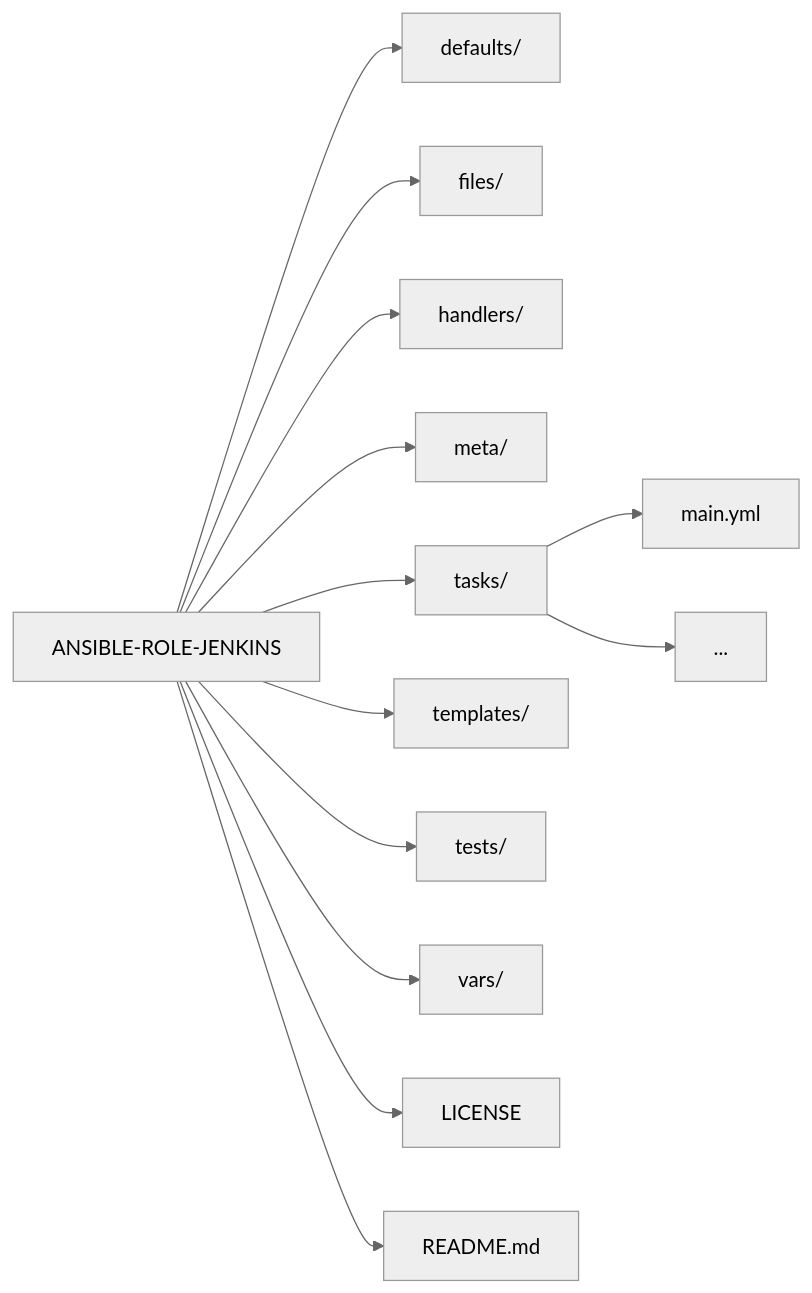
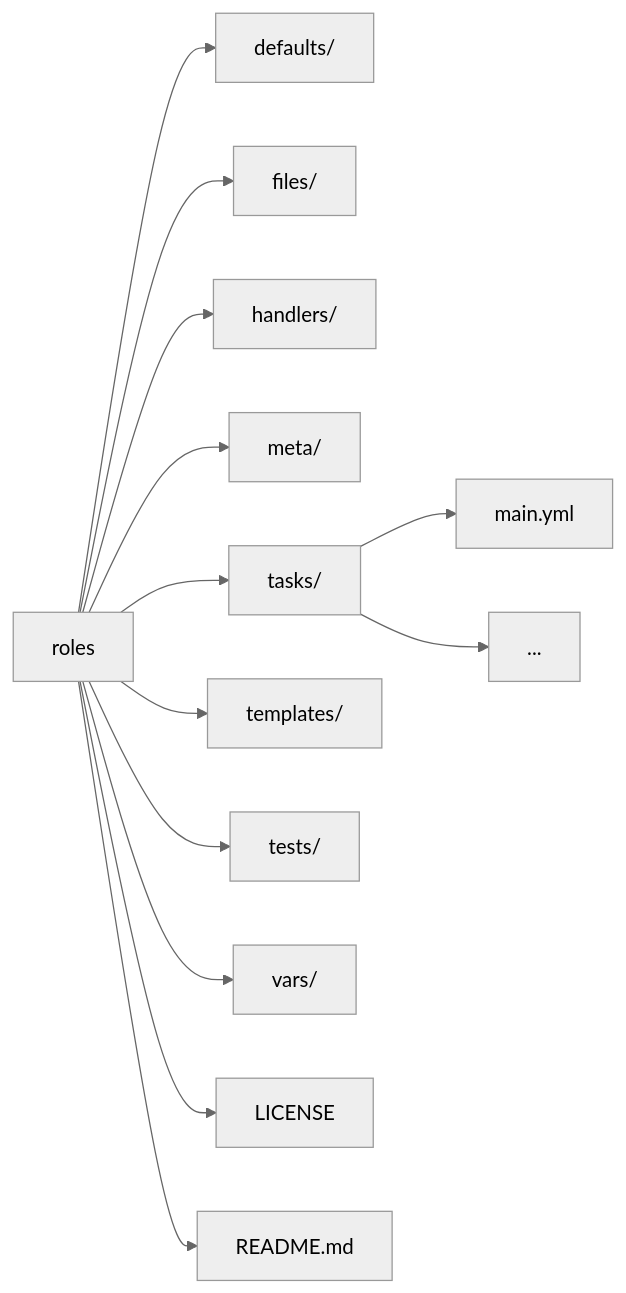
The second of 2 diagrams in README.md (Innovate-Future-Foundation/ansible-role), drawn with Mermaid (neutral theme) before and after one commit. The commit also changed other lines of this file, not shown here.

````diff
--- a/README.md
+++ b/README.md
@@ -39,15 +65,15 @@
 ```mermaid
 graph LR
-    A[ANSIBLE-ROLE-JENKINS] --> B[defaults/]
+    A[roles] --> B[defaults/]
     A --> C[files/]
     A --> D[handlers/]
     A --> E[meta/]
     A --> F[tasks/]
     F --> F1[main.yml]
     F --> F2[...]
     A --> G[templates/]
     A --> H[tests/]
     A --> I[vars/]
     A --> J[LICENSE]
     A --> K[README.md]
 ```
````
